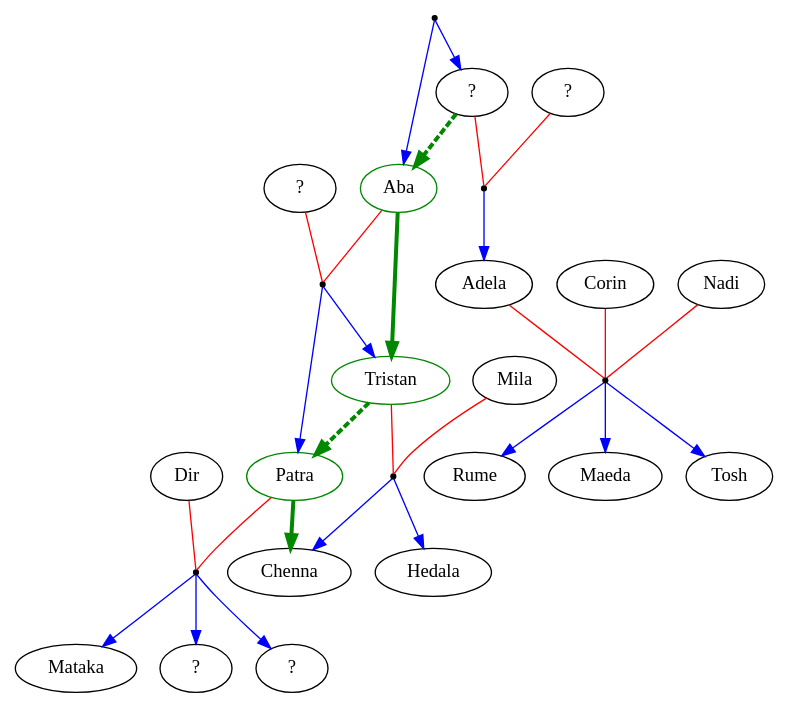
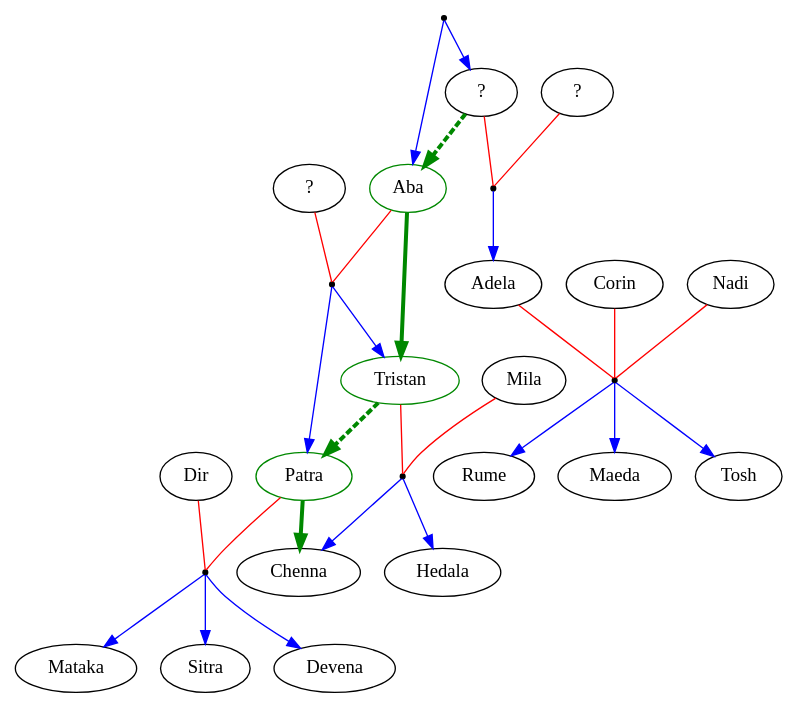
One commit to passcod/in-the-pale-darkness-of-dawn changed the diagram in naema/.fardi.dot. Above: the diagram before and after it, drawn with Graphviz. The commit also changed 2 other files, not shown here.

Commit message:
Patra.3 (sprint 1)

```diff
--- a/naema/.fardi.dot
+++ b/naema/.fardi.dot
@@ -1,61 +1,58 @@
 digraph Fardi {
   AbaWife [label="?"];
   AbaShip [shape=point];
   AbaParentShip [shape=point];
   AbaSiblingShip [shape=point];
   PatraDir [shape=point];
   TristanMila [shape=point];
   AdelaCorinNadi [shape=point];
 
   subgraph ships {
     edge [dir=none, color=red, weight=20];
     Aba -> AbaShip; AbaWife -> AbaShip;
     AbaSibling -> AbaSiblingShip; AbaSiblingPartner -> AbaSiblingShip;
     Patra -> PatraDir; Dir -> PatraDir;
     Tristan -> TristanMila; Mila -> TristanMila;
     Adela -> AdelaCorinNadi; Corin -> AdelaCorinNadi; Nadi -> AdelaCorinNadi;
   }
 
   subgraph parentage {
     edge [color=blue, weight=20];
 
     AbaParentShip -> Aba;
     AbaParentShip -> AbaSibling;
 
     AbaSibling[label="?"];
     AbaSiblingPartner[label="?"];
     AbaSiblingShip -> Adela;
 
     AbaShip -> Tristan;
     AbaShip -> Patra;
 
     PatraDir -> Mataka;
-    PatraDir -> Child2;
-    PatraDir -> Child3;
-
-    Child2 [label="?"];
-    Child3 [label="?"];
+    PatraDir -> Sitra;
+    PatraDir -> Devena;
 
     TristanMila -> Chenna;
     TristanMila -> Hedala;
 
     AdelaCorinNadi -> Rume;
     AdelaCorinNadi -> Maeda;
     AdelaCorinNadi -> Tosh;
   }
 
   subgraph succession {
     edge [color="#008800", penwidth=3, weight=0];
 
     AbaSibling -> Aba [style=dashed];
     Aba -> Tristan;
     Tristan -> Patra [style=dashed];
     Patra -> Chenna;
   }
 
   subgraph heads {
     Aba [color="#008800"];
     Tristan [color="#008800"];
     Patra [color="#008800"];
   }
 }
```
